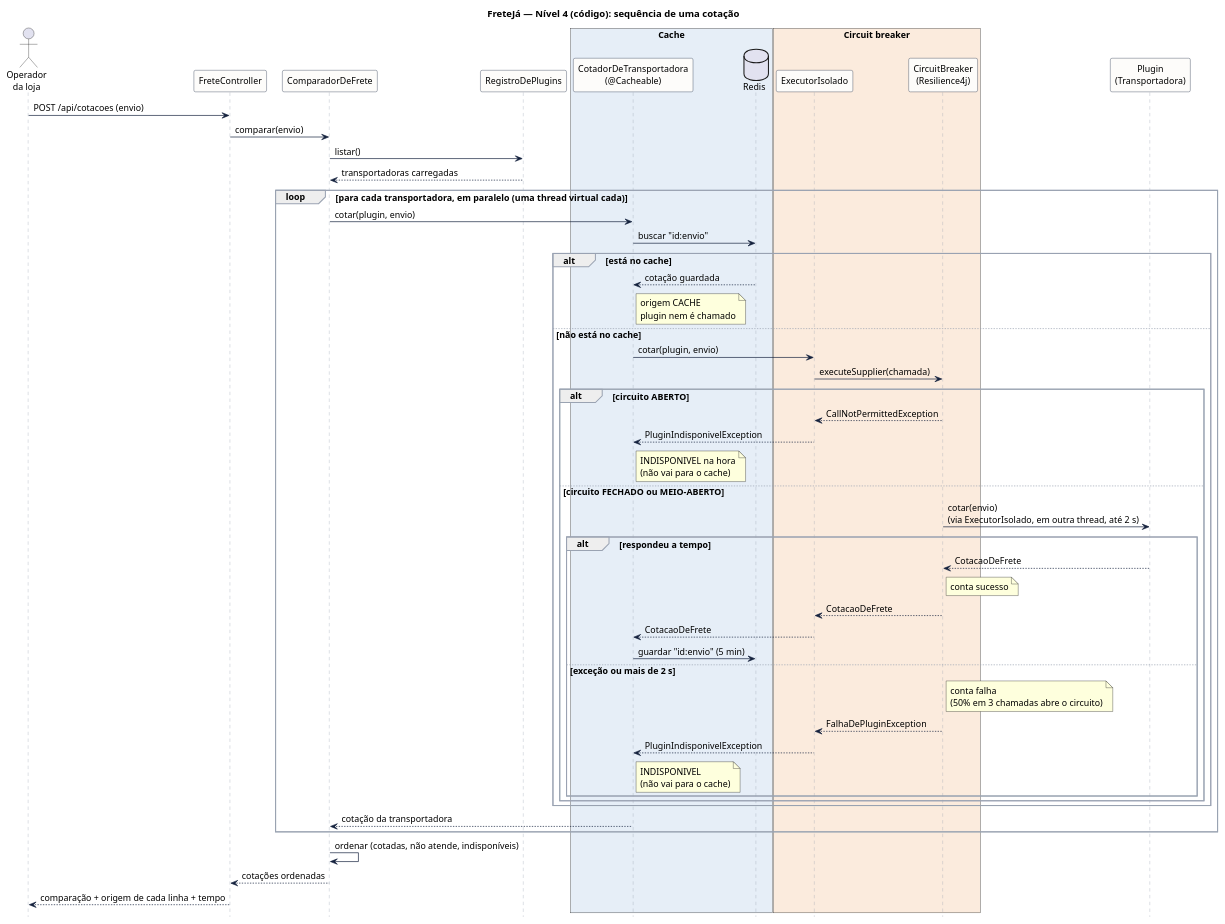
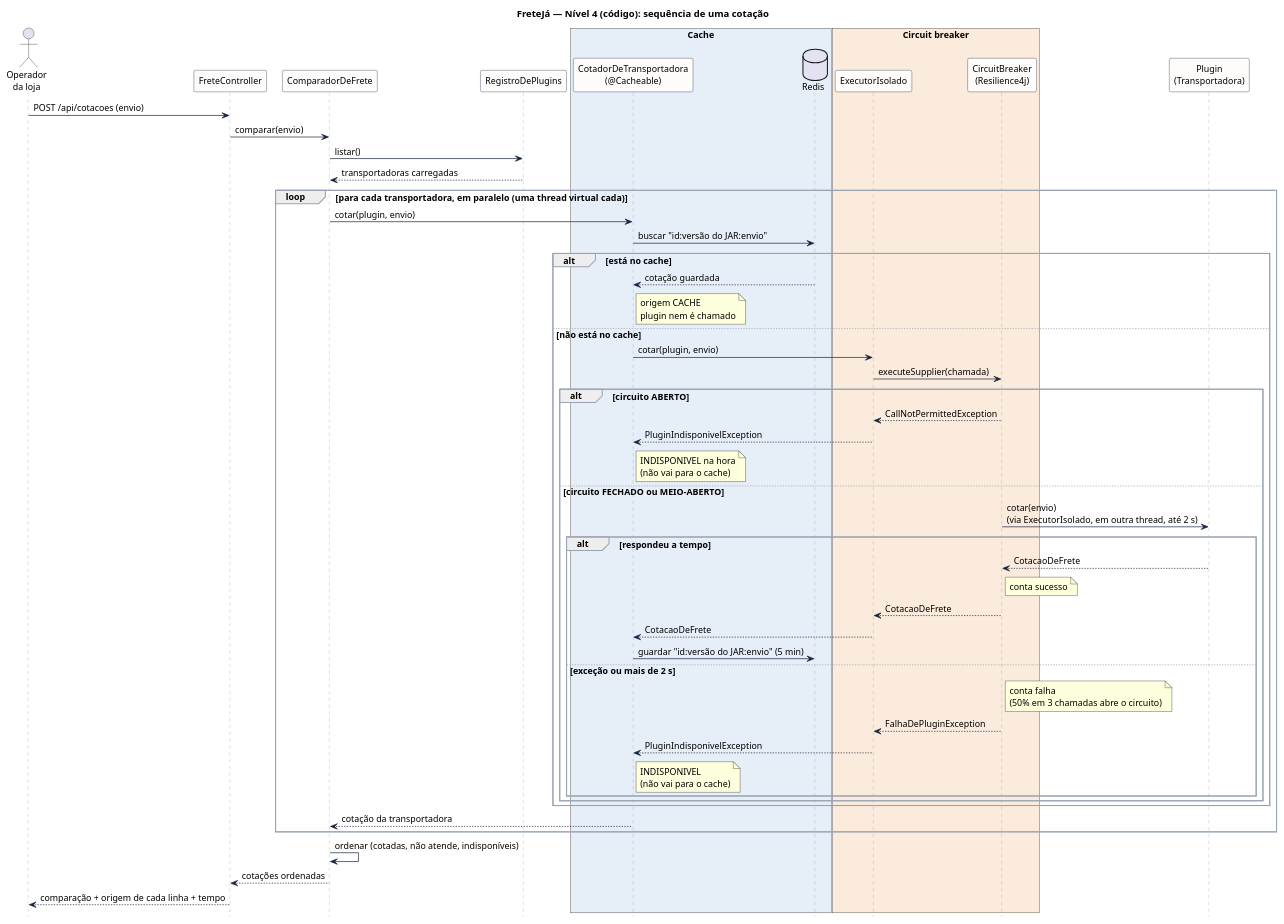
Before and after one commit to Bruno-GabrielDev/Frete-Ja: the diagram in docs/c4/4-sequencia-cotacao.puml, drawn with PlantUML. The commit also changed 18 other files, not shown here.

```diff
--- a/docs/c4/4-sequencia-cotacao.puml
+++ b/docs/c4/4-sequencia-cotacao.puml
@@ -1,71 +1,71 @@
 @startuml
 title FreteJá — Nível 4 (código): sequência de uma cotação
 
 skinparam defaultFontName Arial
 skinparam defaultFontSize 13
 skinparam sequenceMessageAlign left
 skinparam responseMessageBelowArrow true
 hide footbox
 skinparam sequence {
   ParticipantBackgroundColor #FDFCFA
   ParticipantBorderColor #14213D
   LifeLineBorderColor #9AA3B2
   ArrowColor #14213D
   GroupBorderColor #9AA3B2
 }
 
 actor "Operador\nda loja" as op
 participant "FreteController" as ctl
 participant "ComparadorDeFrete" as cmp
 participant "RegistroDePlugins" as reg
 box "Cache" #E6EEF7
 participant "CotadorDeTransportadora\n(@Cacheable)" as cot
 database "Redis" as redis
 end box
 box "Circuit breaker" #FBEBDD
 participant "ExecutorIsolado" as exe
 participant "CircuitBreaker\n(Resilience4j)" as cb
 end box
 participant "Plugin\n(Transportadora)" as plg
 
 op -> ctl : POST /api/cotacoes (envio)
 ctl -> cmp : comparar(envio)
 cmp -> reg : listar()
 reg --> cmp : transportadoras carregadas
 
 loop para cada transportadora, em paralelo (uma thread virtual cada)
   cmp -> cot : cotar(plugin, envio)
-  cot -> redis : buscar "id:envio"
+  cot -> redis : buscar "id:versão do JAR:envio"
   alt está no cache
     redis --> cot : cotação guardada
     note right of cot : origem CACHE\nplugin nem é chamado
   else não está no cache
     cot -> exe : cotar(plugin, envio)
     exe -> cb : executeSupplier(chamada)
     alt circuito ABERTO
       cb --> exe : CallNotPermittedException
       exe --> cot : PluginIndisponivelException
       note right of cot : INDISPONIVEL na hora\n(não vai para o cache)
     else circuito FECHADO ou MEIO-ABERTO
       cb -> plg : cotar(envio)\n(via ExecutorIsolado, em outra thread, até 2 s)
       alt respondeu a tempo
         plg --> cb : CotacaoDeFrete
         note right of cb : conta sucesso
         cb --> exe : CotacaoDeFrete
         exe --> cot : CotacaoDeFrete
-        cot -> redis : guardar "id:envio" (5 min)
+        cot -> redis : guardar "id:versão do JAR:envio" (5 min)
       else exceção ou mais de 2 s
         note right of cb : conta falha\n(50% em 3 chamadas abre o circuito)
         cb --> exe : FalhaDePluginException
         exe --> cot : PluginIndisponivelException
         note right of cot : INDISPONIVEL\n(não vai para o cache)
       end
     end
   end
   cot --> cmp : cotação da transportadora
 end
 
 cmp -> cmp : ordenar (cotadas, não atende, indisponíveis)
 cmp --> ctl : cotações ordenadas
 ctl --> op : comparação + origem de cada linha + tempo
 @enduml
```
